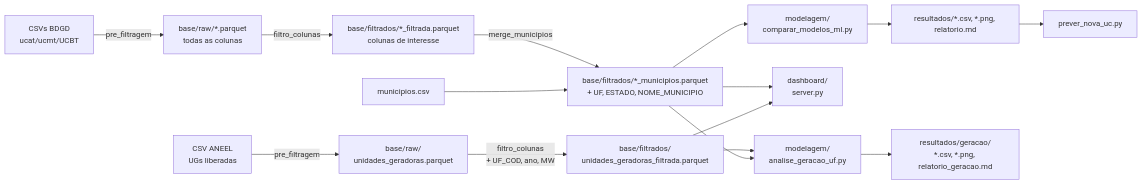
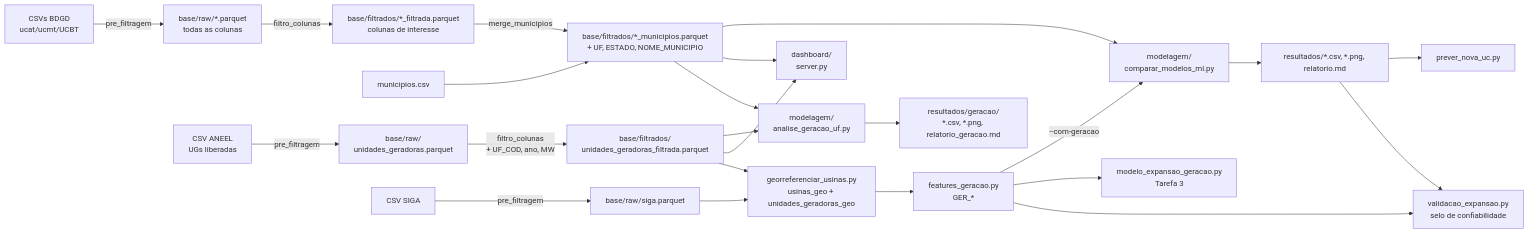
The diagram in README.md (lucas-men-nobrega/TCC_projeto), drawn with Mermaid before and after one commit. The commit also changed other lines of this file and 20 other files, not shown here.

````diff
--- a/README.md
+++ b/README.md
@@ -229,17 +235,25 @@
 ```mermaid
 flowchart LR
     A[CSVs BDGD<br/>ucat/ucmt/UCBT] -->|pre_filtragem| B[base/raw/*.parquet<br/>todas as colunas]
     B -->|filtro_colunas| C[base/filtrados/*_filtrada.parquet<br/>colunas de interesse]
     C -->|merge_municipios| D[base/filtrados/*_municipios.parquet<br/>+ UF, ESTADO, NOME_MUNICIPIO]
     M[municipios.csv] --> D
     D --> E[modelagem/<br/>comparar_modelos_ml.py]
     D --> F[dashboard/<br/>server.py]
     E --> G[resultados/*.csv, *.png, relatorio.md]
     G --> H[prever_nova_uc.py]
     U[CSV ANEEL<br/>UGs liberadas] -->|pre_filtragem| UR[base/raw/<br/>unidades_geradoras.parquet]
     UR -->|filtro_colunas<br/>+ UF_COD, ano, MW| UF[base/filtrados/<br/>unidades_geradoras_filtrada.parquet]
     UF --> AG[modelagem/<br/>analise_geracao_uf.py]
     D --> AG
     AG --> RG[resultados/geracao/<br/>*.csv, *.png, relatorio_geracao.md]
     UF --> F
+    S[CSV SIGA] -->|pre_filtragem| SR[base/raw/siga.parquet]
+    UF --> GEO[georreferenciar_usinas.py<br/>usinas_geo + unidades_geradoras_geo]
+    SR --> GEO
+    GEO --> FG[features_geracao.py<br/>GER_*]
+    FG -->|--com-geracao| E
+    FG --> T3[modelo_expansao_geracao.py<br/>Tarefa 3]
+    FG --> VAL[validacao_expansao.py<br/>selo de confiabilidade]
+    G --> VAL
 ```
````
